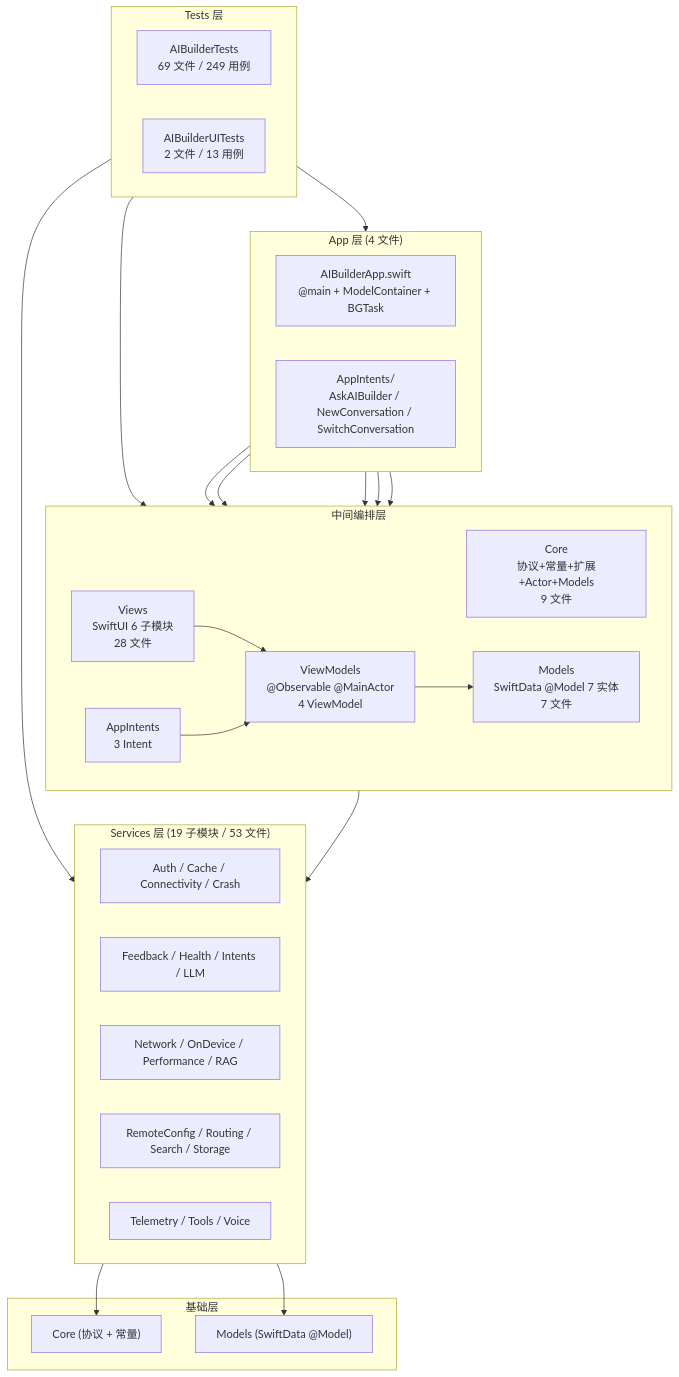
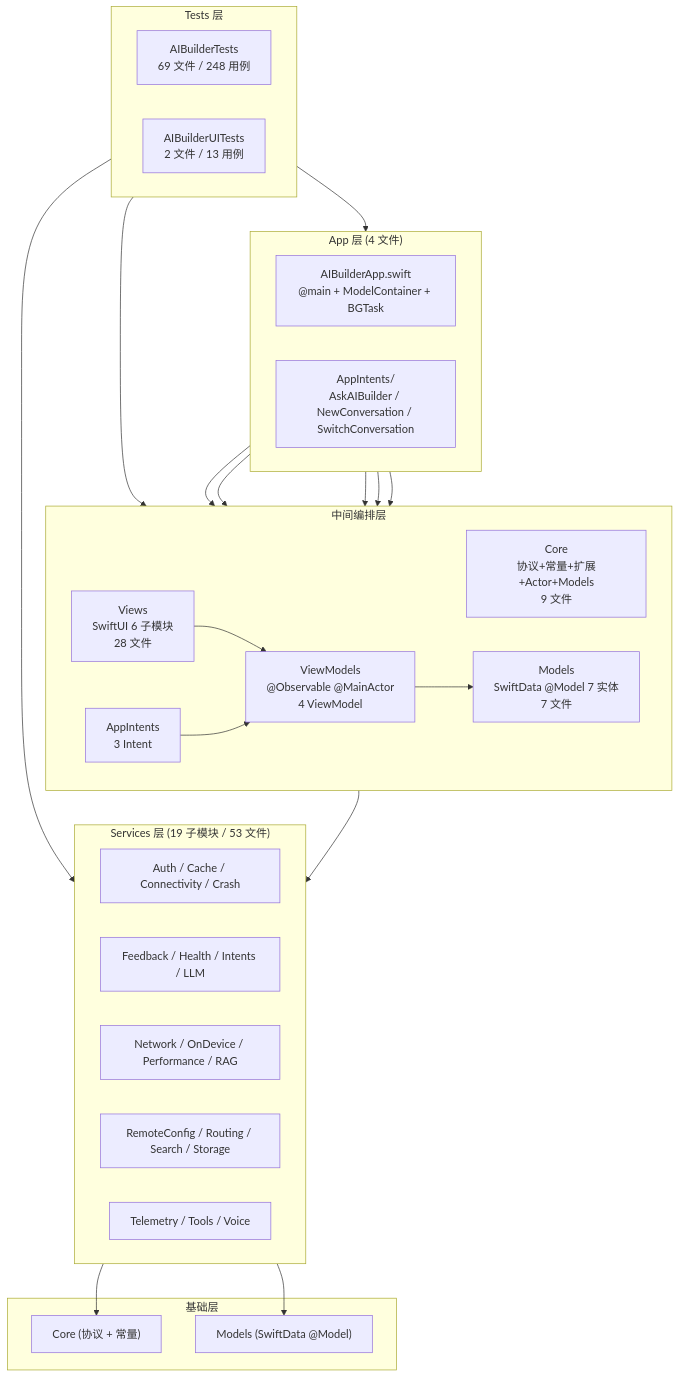
Before and after one commit to luosicx/Aether: the first of 12 diagrams in doc/ARCHITECTURE.md, drawn with Mermaid. The commit also changed other lines of this file, not shown here.

Commit message:
docs(architecture): sync test counts and add i18n/a11y/screenshot decisions

````diff
--- a/doc/ARCHITECTURE.md
+++ b/doc/ARCHITECTURE.md
@@ -70,49 +70,49 @@
 ```mermaid
 flowchart TD
     subgraph Tests["Tests 层"]
-        T1["AIBuilderTests<br/>69 文件 / 249 用例"]
+        T1["AIBuilderTests<br/>69 文件 / 248 用例"]
         T2["AIBuilderUITests<br/>2 文件 / 13 用例"]
     end
 
     subgraph App["App 层 (4 文件)"]
         A1["AIBuilderApp.swift<br/>@main + ModelContainer + BGTask"]
         A2["AppIntents/<br/>AskAIBuilder / NewConversation / SwitchConversation"]
     end
 
     subgraph Middle["中间编排层"]
         direction LR
         C["Core<br/>协议+常量+扩展+Actor+Models<br/>9 文件"]
         M["Models<br/>SwiftData @Model 7 实体<br/>7 文件"]
         VM["ViewModels<br/>@Observable @MainActor<br/>4 ViewModel"]
         V["Views<br/>SwiftUI 6 子模块<br/>28 文件"]
         AI["AppIntents<br/>3 Intent"]
     end
 
     subgraph Services["Services 层 (19 子模块 / 53 文件)"]
         S0["Auth / Cache / Connectivity / Crash"]
         S1["Feedback / Health / Intents / LLM"]
         S2["Network / OnDevice / Performance / RAG"]
         S3["RemoteConfig / Routing / Search / Storage"]
         S4["Telemetry / Tools / Voice"]
     end
 
     subgraph Foundation["基础层"]
         F1["Core (协议 + 常量)"]
         F2["Models (SwiftData @Model)"]
     end
 
     Tests --> App
     Tests --> Middle
     Tests --> Services
     App --> C
     App --> M
     App --> VM
     App --> V
     App --> AI
     VM --> Services
     VM --> M
     V --> VM
     AI --> VM
     Services --> F1
     Services --> F2
 ```
````
